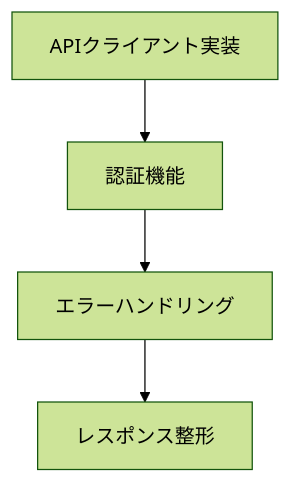
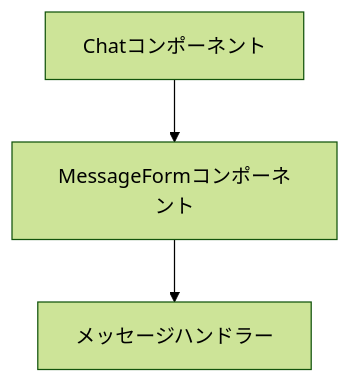
The fourth of 6 diagrams in docs/v0.1.0/development_steps.md (x4066x/open-sidepanel), drawn with Mermaid (forest theme) before and after one commit. The commit also changed other lines of this file and 15 other files, not shown here.

````diff
--- a/docs/v0.1.0/development_steps.md
+++ b/docs/v0.1.0/development_steps.md
@@ -77,6 +77,5 @@
 ```mermaid
 graph TD
-    A[APIクライアント実装] --> B[認証機能]
-    B --> C[エラーハンドリング]
-    C --> D[レスポンス整形]
+    A[Chatコンポーネント] --> B[MessageFormコンポーネント]
+    B --> C[メッセージハンドラー]
 ```
````
